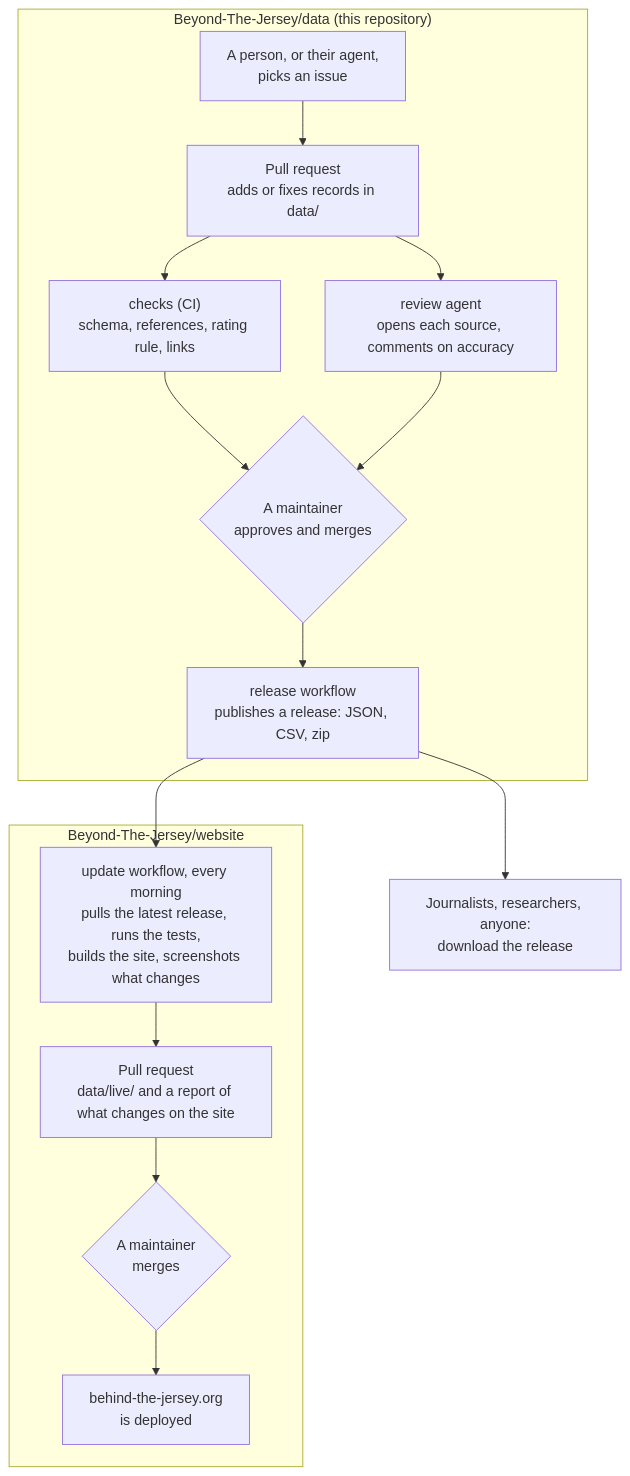
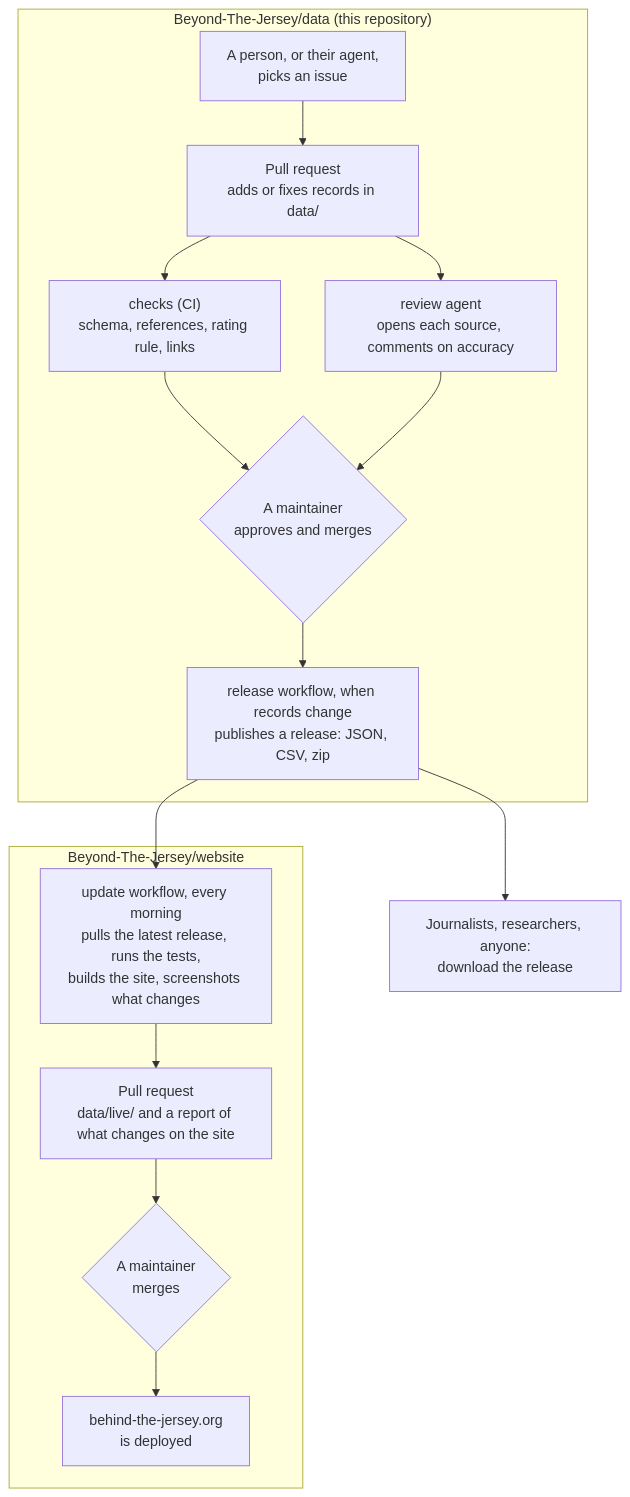
The diagram in README.md (Beyond-The-Jersey/data), drawn with Mermaid before and after one commit. The commit also changed other lines of this file and 1 other file, not shown here.

Commit message:
Review agent: don't share sessions, no preamble; README: releases follow record changes
From the review agent's first review (on this pull request):
- a merge that only changes docs publishes no release, so the README says
  "when records change"
- its comment started with narration: the prompt now says the final message is
  posted as is
- the action shared the session on opencode.ai by default (public repo): off

````diff
--- a/README.md
+++ b/README.md
@@ -11,19 +11,19 @@
 ```mermaid
 flowchart TB
   subgraph data["Beyond-The-Jersey/data (this repository)"]
     A["A person, or their agent,<br/>picks an issue"] --> B["Pull request<br/>adds or fixes records in data/"]
     B --> C["checks (CI)<br/>schema, references, rating rule, links"]
     B --> D["review agent<br/>opens each source, comments on accuracy"]
     C --> E{"A maintainer<br/>approves and merges"}
     D --> E
-    E --> F["release workflow<br/>publishes a release: JSON, CSV, zip"]
+    E --> F["release workflow, when records change<br/>publishes a release: JSON, CSV, zip"]
   end
   F --> G["Journalists, researchers, anyone:<br/>download the release"]
   subgraph web["Beyond-The-Jersey/website"]
     H["update workflow, every morning<br/>pulls the latest release, runs the tests,<br/>builds the site, screenshots what changes"]
     H --> I["Pull request<br/>data/live/ and a report of what changes on the site"]
     I --> J{"A maintainer<br/>merges"}
     J --> K["behind-the-jersey.org<br/>is deployed"]
   end
   F --> H
 ```
````
